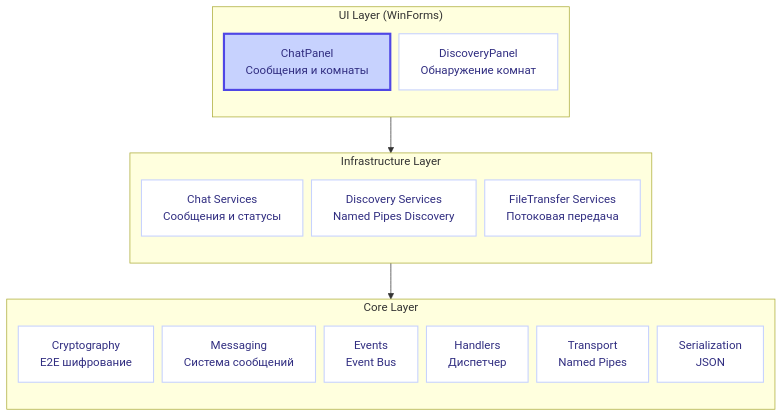
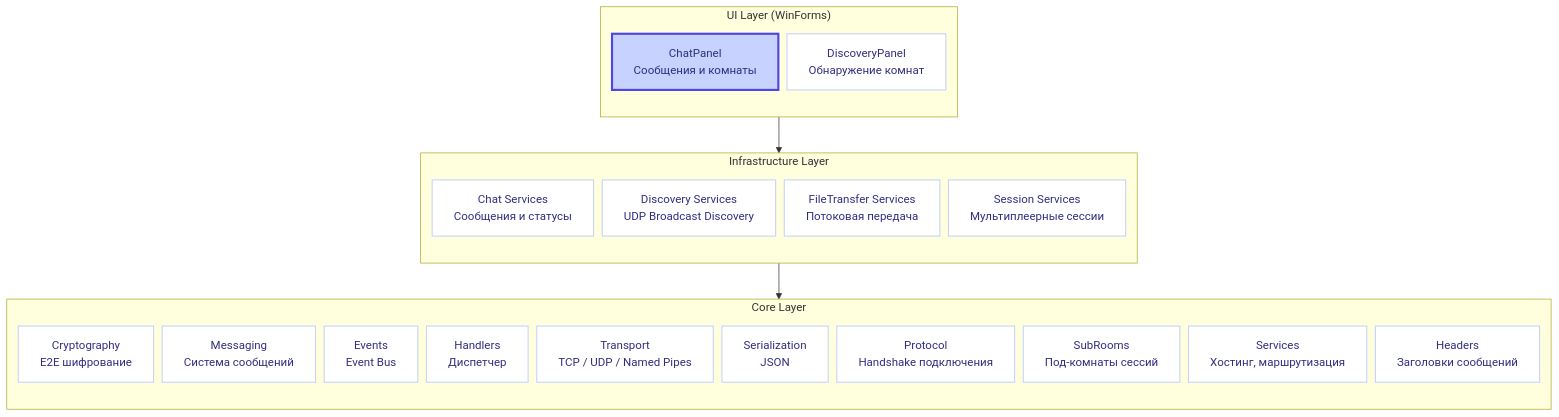
The first of 5 diagrams in README.ru.md (CasCadeVR/MIN), drawn with Mermaid before and after one commit. The commit also changed other lines of this file and 218 other files, not shown here.

````diff
--- a/README.ru.md
+++ b/README.ru.md
@@ -48,41 +56,46 @@
 ```mermaid
 flowchart TB
     %%{init: {'flowchart': {'nodeSpacing': 12}}}%%
     classDef uiLayer fill:#dbeafe,stroke:#3b82f6,stroke-width:2px,color:#1e40af
     classDef infraLayer fill:#e0e7ff,stroke:#4f46e5,stroke-width:2px,color:#3730a3
     classDef coreLayer fill:#ede9fe,stroke:#7c3aed,stroke-width:2px,color:#5b21b6
     classDef component fill:#ffffff,stroke:#c7d2fe,stroke-width:1.5px,color:#312e81
     classDef highlight fill:#c7d2fe,stroke:#4f46e5,stroke-width:3px,color:#312e81
     
     subgraph UI["UI Layer (WinForms)"]
         direction TB
         A["ChatPanel<br>Сообщения и комнаты"]
         B["DiscoveryPanel<br>Обнаружение комнат"]
     end
     
     subgraph INF["Infrastructure Layer"]
         direction TB
         C["Chat Services<br>Сообщения и статусы"]
-        D["Discovery Services<br>Named Pipes Discovery"]
+        D["Discovery Services<br>UDP Broadcast Discovery"]
         E["FileTransfer Services<br>Потоковая передача"]
+        F["Session Services<br>Мультиплеерные сессии"]
     end
     
     subgraph CORE["Core Layer"]
         direction TB
-        F["Cryptography<br>E2E шифрование"]
-        G["Messaging<br>Система сообщений"]
-        H["Events<br>Event Bus"]
-        I["Handlers<br>Диспетчер"]
-        J["Transport<br>Named Pipes"]
-        K["Serialization<br>JSON"]
+        G["Cryptography<br>E2E шифрование"]
+        H["Messaging<br>Система сообщений"]
+        I["Events<br>Event Bus"]
+        J["Handlers<br>Диспетчер"]
+        K["Transport<br>TCP / UDP / Named Pipes"]
+        L["Serialization<br>JSON"]
+        M["Protocol<br>Handshake подключения"]
+        N["SubRooms<br>Под-комнаты сессий"]
+        O["Services<br>Хостинг, маршрутизация"]
+        P["Headers<br>Заголовки сообщений"]
     end
     
     class A highlight;
-    class B,C,D,E,F,G,H,I,J,K component
+    class B,C,D,E,F,G,H,I,J,K,L,M,N,O,P component
     class UI uiLayer;
     class INF infraLayer;
     class CORE coreLayer
     
     UI --> INF
     INF --> CORE
 ```
````
